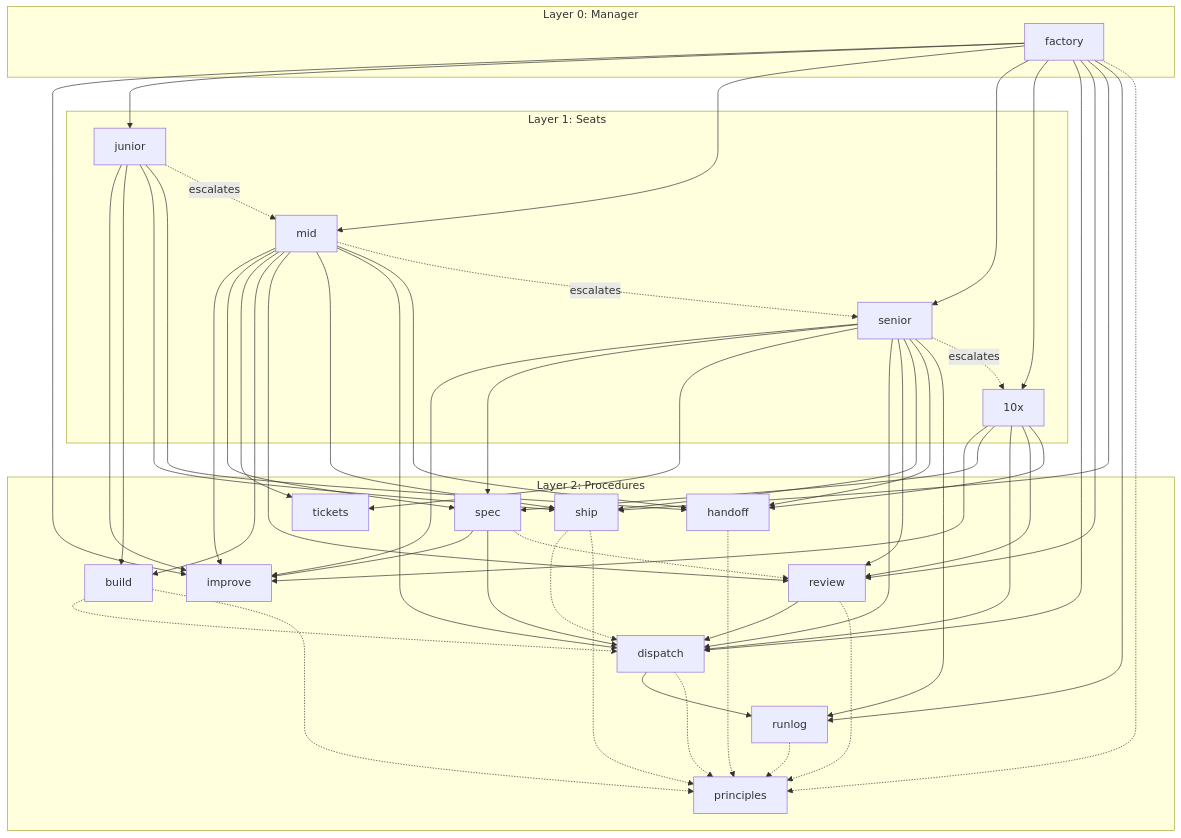
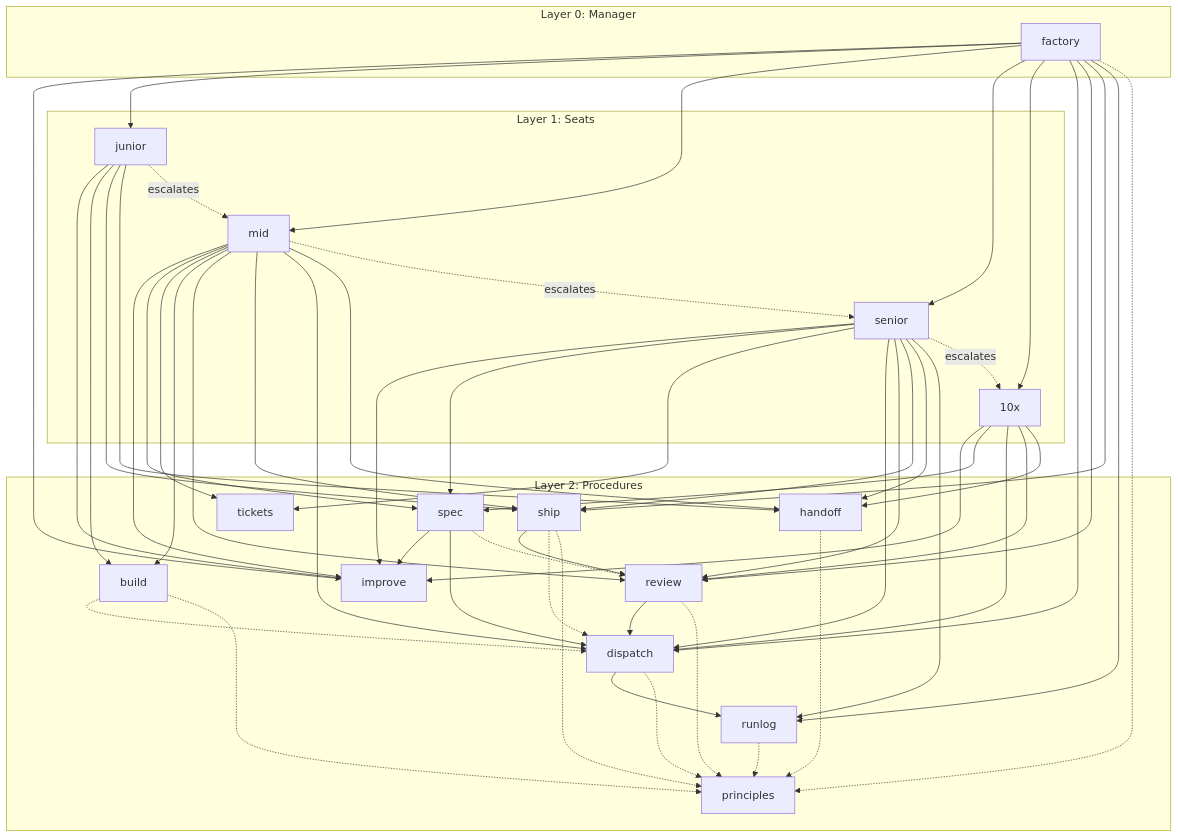
The diagram in docs/skill-graph.md (rishi23root/agent-skills), drawn with Mermaid before and after one commit. The commit also changed other lines of this file and 12 other files, not shown here.

````diff
--- a/docs/skill-graph.md
+++ b/docs/skill-graph.md
@@ -7,75 +7,76 @@
 ```mermaid
 flowchart TD
   subgraph L0["Layer 0: Manager"]
     s_factory["factory"]
   end
   subgraph L1["Layer 1: Seats"]
     s_10x["10x"]
     s_junior["junior"]
     s_mid["mid"]
     s_senior["senior"]
   end
   subgraph L2["Layer 2: Procedures"]
     s_build["build"]
     s_dispatch["dispatch"]
     s_handoff["handoff"]
     s_improve["improve"]
     s_principles["principles"]
     s_review["review"]
     s_runlog["runlog"]
     s_ship["ship"]
     s_spec["spec"]
     s_tickets["tickets"]
   end
   s_factory --> s_improve
   s_factory --> s_junior
   s_factory --> s_mid
   s_factory --> s_senior
   s_factory --> s_10x
   s_factory --> s_dispatch
   s_factory --> s_review
   s_factory --> s_ship
   s_factory --> s_runlog
   s_10x --> s_improve
   s_10x --> s_spec
   s_10x --> s_dispatch
   s_10x --> s_review
   s_10x --> s_handoff
   s_junior --> s_improve
   s_junior --> s_build
   s_junior --> s_ship
   s_junior --> s_handoff
   s_mid --> s_improve
   s_mid --> s_spec
   s_mid --> s_tickets
   s_mid --> s_build
   s_mid --> s_review
   s_mid --> s_ship
   s_mid --> s_dispatch
   s_mid --> s_handoff
   s_senior --> s_improve
   s_senior --> s_spec
   s_senior --> s_tickets
   s_senior --> s_dispatch
   s_senior --> s_review
   s_senior --> s_ship
   s_senior --> s_handoff
   s_senior --> s_runlog
   s_dispatch --> s_runlog
   s_review --> s_dispatch
+  s_ship --> s_review
   s_spec --> s_improve
   s_spec --> s_dispatch
   s_factory -.-> s_principles
   s_build -.-> s_dispatch
   s_build -.-> s_principles
   s_dispatch -.-> s_principles
   s_handoff -.-> s_principles
   s_review -.-> s_principles
   s_runlog -.-> s_principles
   s_ship -.-> s_dispatch
   s_ship -.-> s_principles
   s_spec -.-> s_review
   s_junior -. escalates .-> s_mid
   s_mid -. escalates .-> s_senior
   s_senior -. escalates .-> s_10x
 ```
````
